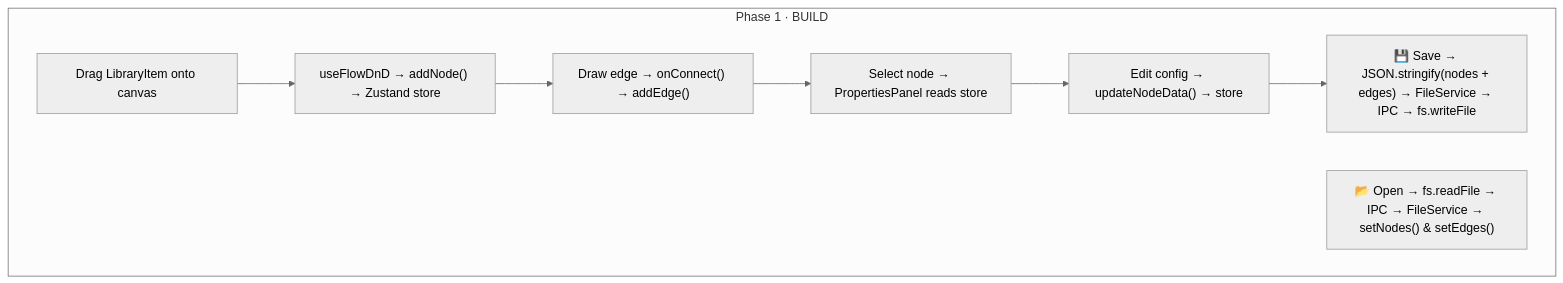
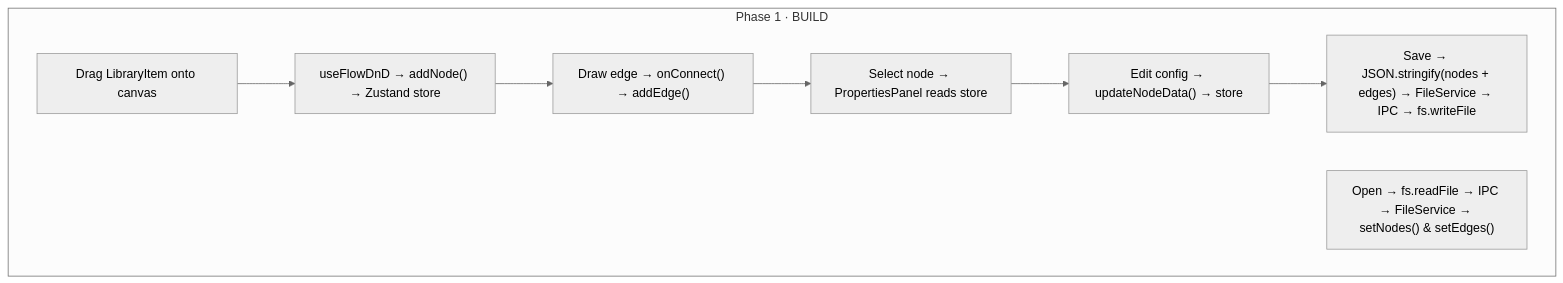
One commit to Newton-School/ns-simulator changed the first of 4 diagrams in README.md. Above: the diagram before and after it, drawn with Mermaid (neutral theme).

Commit message:
edit/remove emojis

````diff
--- a/README.md
+++ b/README.md
@@ -68,14 +68,14 @@
 ```mermaid
 flowchart TD
     subgraph BUILD["Phase 1 · BUILD"]
         B1["Drag LibraryItem onto canvas"]
         B2["useFlowDnD → addNode() → Zustand store"]
         B3["Draw edge → onConnect() → addEdge()"]
         B4["Select node → PropertiesPanel reads store"]
         B5["Edit config → updateNodeData() → store"]
-        B6["💾 Save → JSON.stringify(nodes + edges) → FileService → IPC → fs.writeFile"]
-        B7["📂 Open → fs.readFile → IPC → FileService → setNodes() & setEdges()"]
+        B6["Save → JSON.stringify(nodes + edges) → FileService → IPC → fs.writeFile"]
+        B7["Open → fs.readFile → IPC → FileService → setNodes() & setEdges()"]
         B1 --> B2 --> B3 --> B4 --> B5
         B5 --> B6
     end
 ```
````
